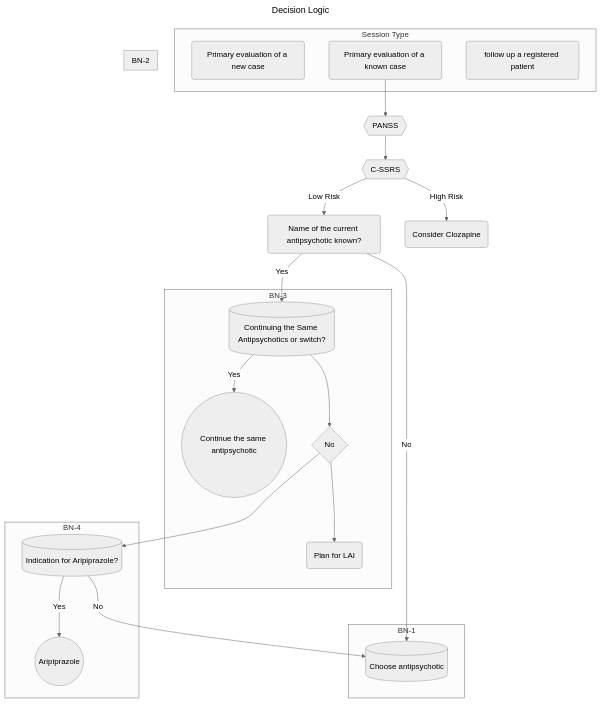
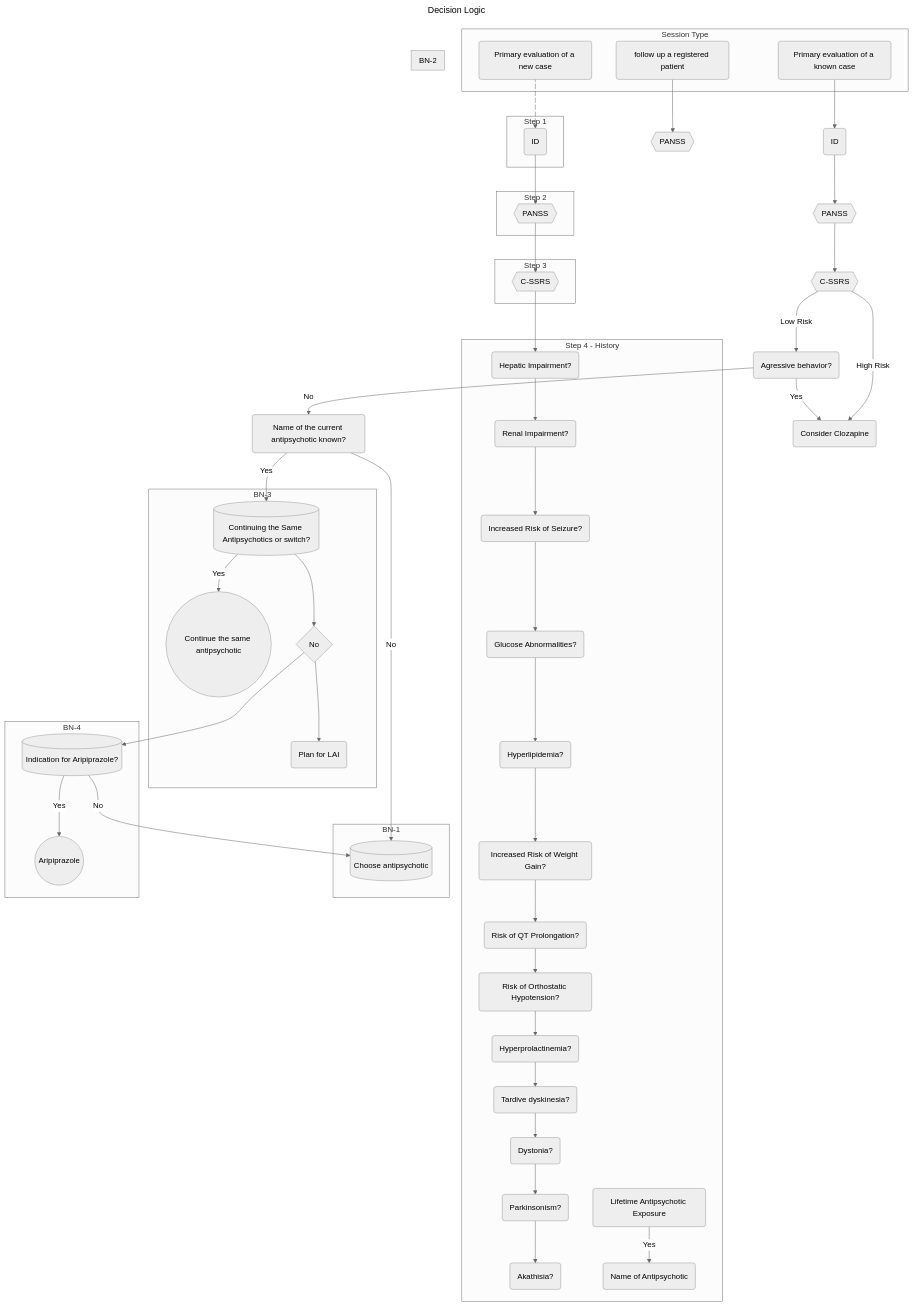
One commit to a-rastin/X changed the diagram in project-documents/flowchart.mermaid. Above: the diagram before and after it, drawn with Mermaid (neutral theme). The commit also changed 1 other file, not shown here.

```diff
--- a/project-documents/flowchart.mermaid
+++ b/project-documents/flowchart.mermaid
@@ -1,47 +1,106 @@
 ---
 title: Decision Logic
 ---
 flowchart TD
     subgraph Session Type
         A(Primary evaluation of a new case)
         B(Primary evaluation of a known case) 
         C(follow up a registered patient)                          
+    end
+
+    subgraph Step 4 - History
+        History1(Hepatic Impairment?)
+        History2(Renal Impairment?)
+        History3(Increased Risk of Seizure?)
+        History4(Glucose Abnormalities?)
+        History5(Hyperlipidemia?)
+        History6(Increased Risk of Weight Gain?)
+        History7(Risk of QT Prolongation?)
+        History8(Risk of Orthostatic Hypotension?)
+        History9(Hyperprolactinemia?)
+        History10(Tardive dyskinesia?)
+        History11(Dystonia?)
+        History12(Parkinsonism?)
+        History13(Akathisia?)
+        History20(Lifetime Antipsychotic Exposure)
+        History21(Name of Antipsychotic)
     end
 
     subgraph BN-1
         D[(Choose antipsychotic)]
     end
 
     subgraph BN-2
     end
 
     subgraph BN-3
         E[(Continuing the Same Antipsychotics or switch?)]
         F((Continue the same antipsychotic))
         F1{No}
         F2(Plan for LAI)
     end
 
     subgraph BN-4
         G[(Indication for Aripiprazole?)]
         H((Aripiprazole))
     end
+
+    subgraph Step 1
+        A1(ID)
+    end
+    subgraph Step 2
+        A2{{PANSS}}
+    end
+    subgraph Step 3
+        A3{{C-SSRS}}
+    end
+
+    A e1@--> A1
+        e1@{ animation: slow }
+    A1 e1@--> A2
+        e1@{ animation: slow }
+    A2 e1@--> A3
+        e1@{ animation: slow }
+    A3 --> History1
+    History1 --> History2
+    History2 --> History3
+    History3 --> History4
+    History4 --> History5
+    History5 --> History6
+    History6 --> History7
+    History7 --> History8
+    History8 --> History9
+    History9 --> History10
+    History10 --> History11
+    History11 --> History12
+    History12 --> History13
+    History20 --> |Yes| History21
                                                                                        
     B1(Name of the current antipsychotic known?)
     B2{{C-SSRS}}
     B3(Consider Clozapine)
     B4{{PANSS}}
+    B5(Agressive behavior?)
+    B6(ID)
     
 
-    B --> B4
+    B --> B6
+    B6 --> B4
     B4 --> B2
-    B2 --> |Low Risk| B1
+    B2 --> |Low Risk| B5
+    B5 --> |No| B1
+    B5 --> |Yes| B3
     B2 --> |High Risk| B3
     B1 --> |No| D
     B1 --> |Yes| E
     E --> |Yes| F
     E --> F1
     F1 --> G
     F1 --> F2
     G --> |Yes| H
     G --> |No| D
+
+
+    C1{{PANSS}}
+
+    C --> C1
```
